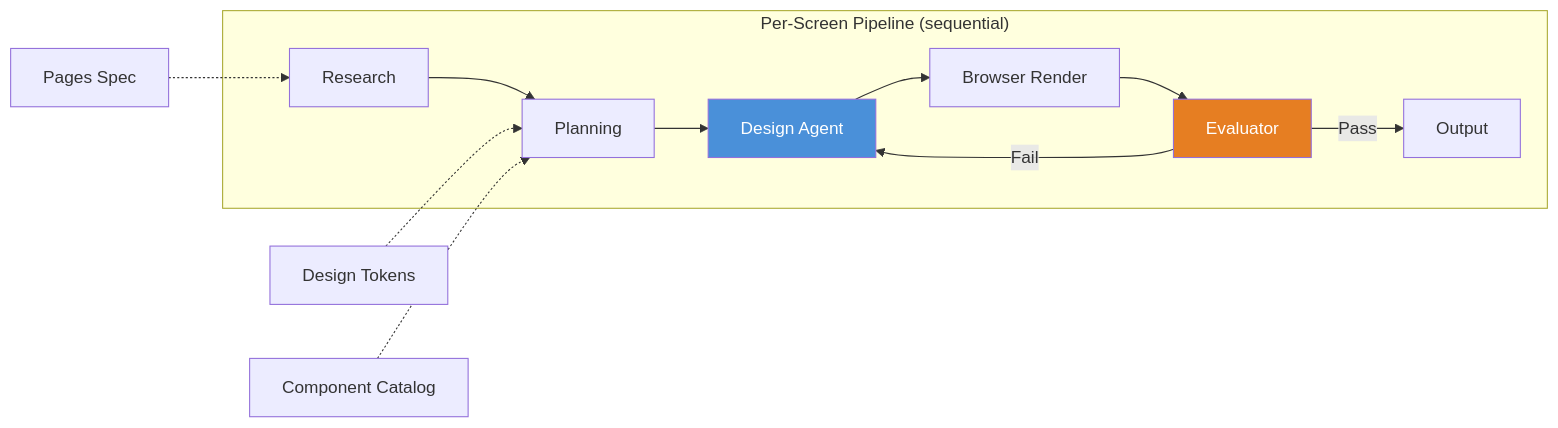
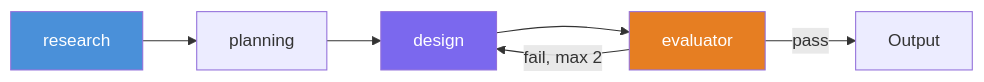
Before and after one commit to praveen-gottala/sdlc-agent-swarms: the diagram in docs/concepts/design-pipeline.md, drawn with Mermaid. The commit also changed other lines of this file and 6 other files, not shown here.

````diff
--- a/docs/concepts/design-pipeline.md
+++ b/docs/concepts/design-pipeline.md
@@ -13,18 +9,12 @@
 ```mermaid
 graph LR
-    subgraph Pipeline ["Per-Screen Pipeline (sequential)"]
-        S1[Research] --> S2[Planning]
-        S2 --> S3[Design Agent]
-        S3 --> S4[Browser Render]
-        S4 --> S5[Evaluator]
-        S5 -->|Pass| S6[Output]
-        S5 -->|Fail| S3
-    end
+    R[research] --> P[planning]
+    P --> D[design]
+    D --> E[evaluator]
+    E -->|pass| O[Output]
+    E -->|fail, max 2| D
 
-    T[Design Tokens] -.-> S2
-    C[Component Catalog] -.-> S2
-    P[Pages Spec] -.-> S1
-
-    style S3 fill:#4A90D9,color:#fff
-    style S5 fill:#E67E22,color:#fff
+    style R fill:#4A90D9,color:#fff
+    style D fill:#7B68EE,color:#fff
+    style E fill:#E67E22,color:#fff
 ```
````
